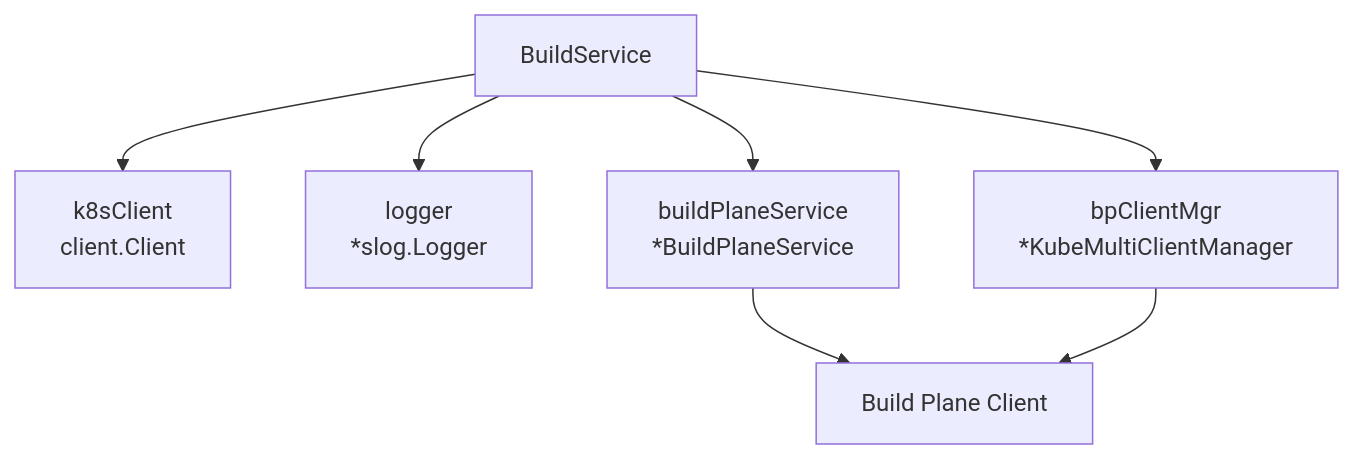
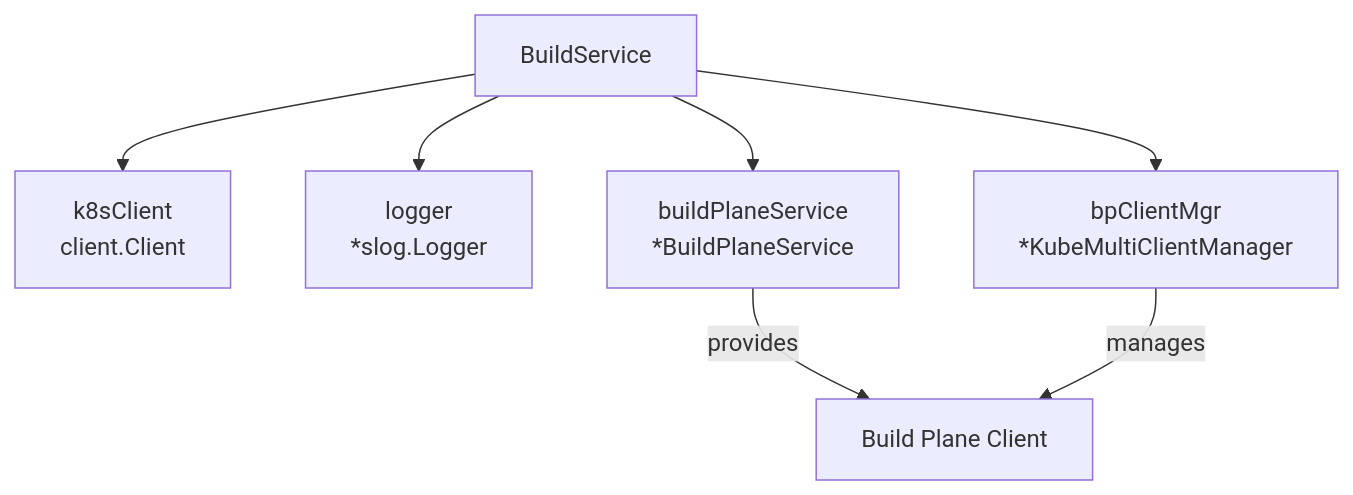
The second of 11 diagrams in docs/deepwiki/Build-and-Infrastructure-Services.md (openchoreo/openchoreo), drawn with Mermaid before and after one commit. The commit also changed other lines of this file and 85 other files, not shown here.

Commit message:
feat: Add new workflow and specification templates, update Helm chart dependencies, and clarify documentation diagrams.

````diff
--- a/docs/deepwiki/Build-and-Infrastructure-Services.md
+++ b/docs/deepwiki/Build-and-Infrastructure-Services.md
@@ -120,17 +120,17 @@
 ```mermaid
 flowchart TD
 
 BuildService["BuildService"]
 k8sClient["k8sClient<br>client.Client"]
 logger["logger<br>*slog.Logger"]
 buildPlaneService["buildPlaneService<br>*BuildPlaneService"]
 bpClientMgr["bpClientMgr<br>*KubeMultiClientManager"]
 BPClient["Build Plane Client"]
 
 BuildService --> k8sClient
 BuildService --> logger
 BuildService --> buildPlaneService
 BuildService --> bpClientMgr
-buildPlaneService --> BPClient
-bpClientMgr --> BPClient
+buildPlaneService -->|"provides"| BPClient
+bpClientMgr -->|"manages"| BPClient
 ```
````
